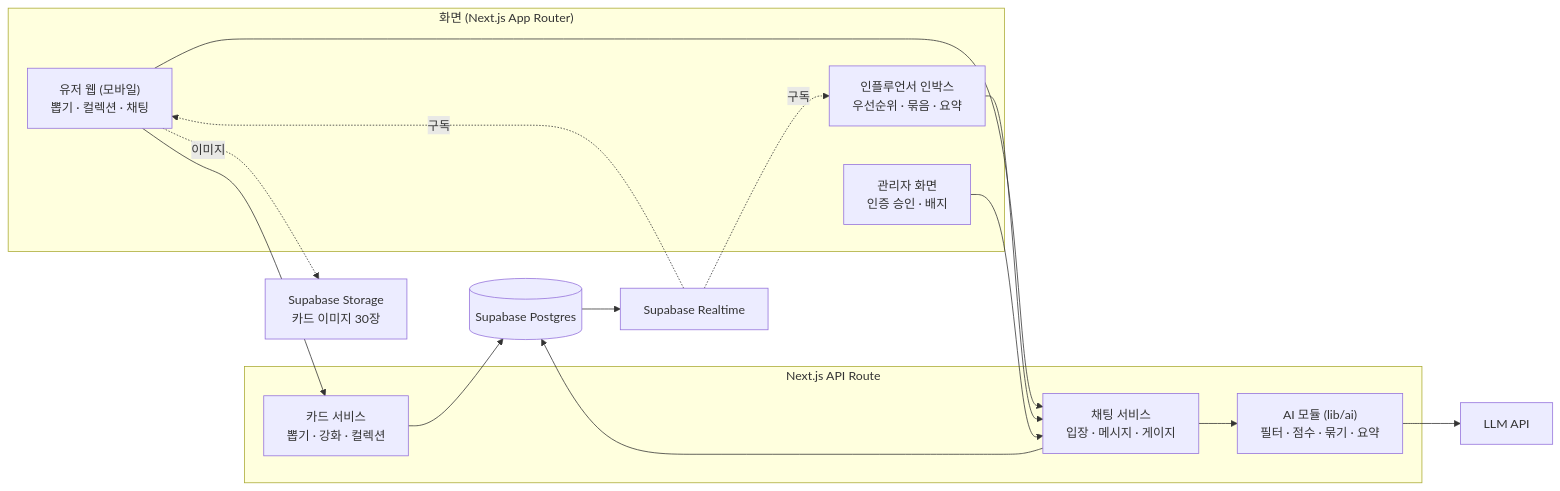
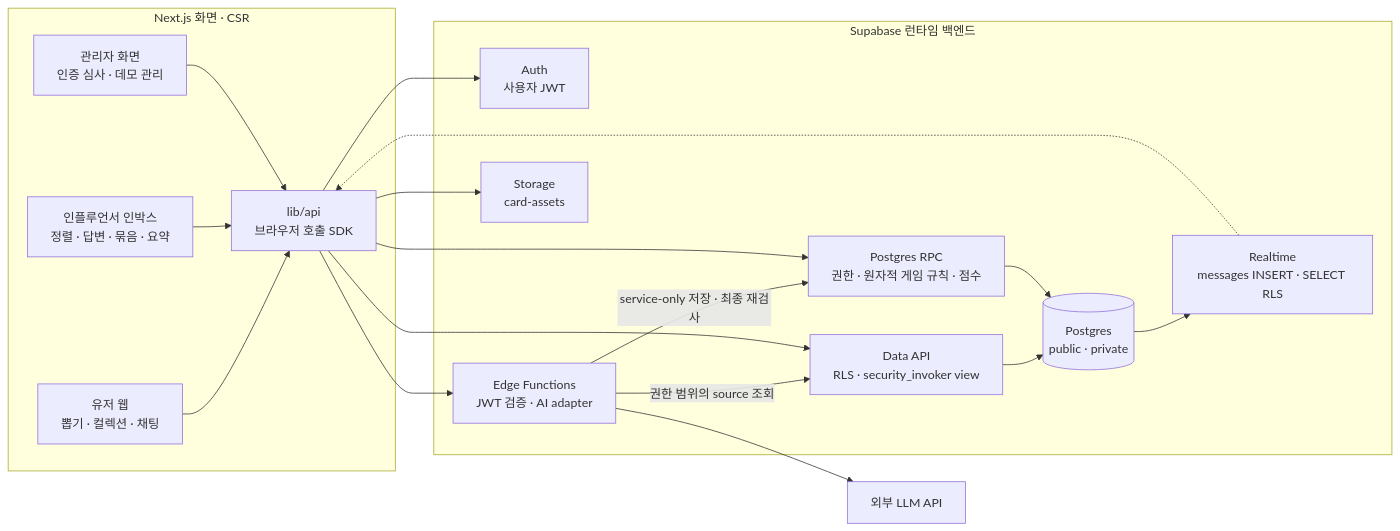
The diagram in docs/architecture.md (moonankim/BirdieBuddy), drawn with Mermaid before and after one commit. The commit also changed other lines of this file and 2 other files, not shown here.

````diff
--- a/docs/architecture.md
+++ b/docs/architecture.md
@@ -11,30 +15,34 @@
 ```mermaid
 flowchart LR
-  subgraph Client["화면 (Next.js App Router)"]
-    U["유저 웹 (모바일)<br/>뽑기 · 컬렉션 · 채팅"]
-    I["인플루언서 인박스<br/>우선순위 · 묶음 · 요약"]
-    A["관리자 화면<br/>인증 승인 · 배지"]
+  subgraph Client["Next.js 화면 · CSR"]
+    U["유저 웹<br/>뽑기 · 컬렉션 · 채팅"]
+    I["인플루언서 인박스<br/>정렬 · 답변 · 묶음 · 요약"]
+    A["관리자 화면<br/>인증 심사 · 데모 관리"]
+    SDK["lib/api<br/>브라우저 호출 SDK"]
+    U --> SDK
+    I --> SDK
+    A --> SDK
   end
-  subgraph Server["Next.js API Route"]
-    C["카드 서비스<br/>뽑기 · 강화 · 컬렉션"]
-    CH["채팅 서비스<br/>입장 · 메시지 · 게이지"]
-    AI["AI 모듈 (lib/ai)<br/>필터 · 점수 · 묶기 · 요약"]
+  subgraph Supabase["Supabase 런타임 백엔드"]
+    AUTH["Auth<br/>사용자 JWT"]
+    DATA["Data API<br/>RLS · security_invoker view"]
+    RPC["Postgres RPC<br/>권한 · 원자적 게임 규칙 · 점수"]
+    EDGE["Edge Functions<br/>JWT 검증 · AI adapter"]
+    DB[("Postgres<br/>public · private")]
+    RT["Realtime<br/>messages INSERT · SELECT RLS"]
+    ST["Storage<br/>card-assets"]
+    DATA --> DB
+    RPC --> DB
+    EDGE -->|"권한 범위의 source 조회"| DATA
+    EDGE -->|"service-only 저장 · 최종 재검사"| RPC
+    DB --> RT
   end
-  DB[("Supabase Postgres")]
-  RT["Supabase Realtime"]
-  ST["Supabase Storage<br/>카드 이미지 30장"]
-  LLM["LLM API"]
-
-  U --> C
-  U --> CH
-  I --> CH
-  A --> CH
-  CH --> AI
-  AI --> LLM
-  C --> DB
-  CH --> DB
-  DB --> RT
-  RT -. 구독 .-> U
-  RT -. 구독 .-> I
-  U -. 이미지 .-> ST
+  LLM["외부 LLM API"]
+  SDK --> AUTH
+  SDK --> DATA
+  SDK --> RPC
+  SDK --> EDGE
+  SDK --> ST
+  EDGE --> LLM
+  RT -.-> SDK
 ```
````
